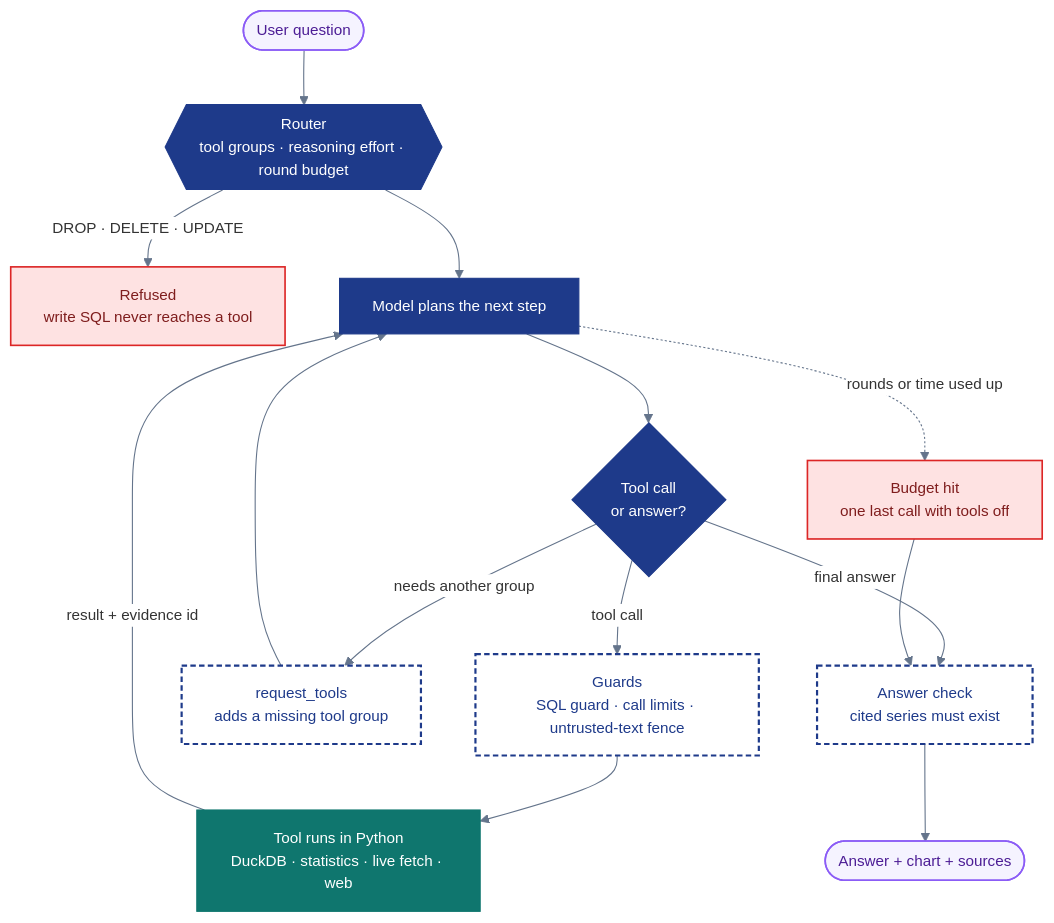
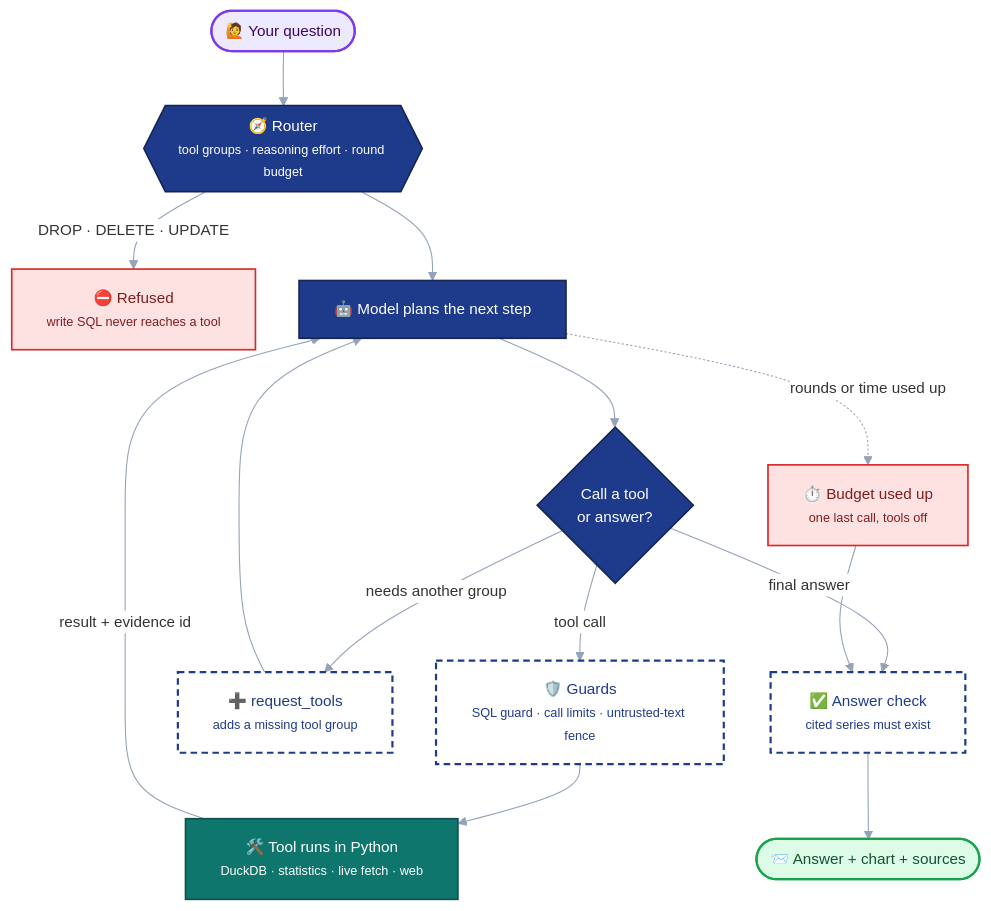
Before and after one commit to berataydemirr/albert-long-nodes-kkb-hackathon: the third of 4 diagrams in README.md, drawn with Mermaid. The commit also changed other lines of this file, not shown here.

Commit message:
update readme with diagrams

````diff
--- a/README.md
+++ b/README.md
@@ -291,30 +163,31 @@
 ```mermaid
-%%{init: {"theme": "base", "themeVariables": {"fontFamily": "Segoe UI, Helvetica, Arial, sans-serif", "fontSize": "14px", "lineColor": "#64748b", "edgeLabelBackground": "#ffffff"}}}%%
+%%{init: {"theme": "base", "themeVariables": {"fontFamily": "Inter, Segoe UI, Helvetica, Arial, sans-serif", "fontSize": "14px", "lineColor": "#94a3b8", "edgeLabelBackground": "#ffffff"}, "flowchart": {"curve": "basis", "nodeSpacing": 40, "rankSpacing": 50, "padding": 16}}}%%
 flowchart TB
-  classDef io     fill:#f5f3ff,stroke:#8b5cf6,stroke-width:1.5px,color:#4c1d95
-  classDef brain  fill:#1e3a8a,stroke:#1e3a8a,color:#ffffff
-  classDef tool   fill:#0f766e,stroke:#0f766e,color:#ffffff
-  classDef guard  fill:#ffffff,stroke:#1e3a8a,stroke-width:2px,stroke-dasharray:5 3,color:#1e3a8a
-  classDef stop   fill:#fee2e2,stroke:#dc2626,stroke-width:1.5px,color:#7f1d1d
+  classDef io    fill:#ede9fe,stroke:#7c3aed,stroke-width:2px,color:#3b0764
+  classDef brain fill:#1e3a8a,stroke:#172554,stroke-width:1.5px,color:#ffffff
+  classDef tool  fill:#0f766e,stroke:#134e4a,stroke-width:1.5px,color:#ffffff
+  classDef guard fill:#ffffff,stroke:#1e3a8a,stroke-width:2px,stroke-dasharray:6 4,color:#1e3a8a
+  classDef stop  fill:#fee2e2,stroke:#dc2626,stroke-width:1.5px,color:#7f1d1d
+  classDef ok    fill:#dcfce7,stroke:#16a34a,stroke-width:2px,color:#14532d
 
-  q(["User question"]):::io
-  r{{"Router<br/>tool groups · reasoning effort · round budget"}}:::brain
-  x["Refused<br/>write SQL never reaches a tool"]:::stop
-  m["Model plans the next step"]:::brain
-  d{"Tool call<br/>or answer?"}:::brain
-  g["Guards<br/>SQL guard · call limits · untrusted-text fence"]:::guard
-  t["Tool runs in Python<br/>DuckDB · statistics · live fetch · web"]:::tool
-  e["request_tools<br/>adds a missing tool group"]:::guard
-  f["Budget hit<br/>one last call with tools off"]:::stop
-  c["Answer check<br/>cited series must exist"]:::guard
-  a(["Answer + chart + sources"]):::io
+  q(["🙋 Your question"]):::io
+  r{{"🧭 Router<br/><small>tool groups · reasoning effort · round budget</small>"}}:::brain
+  x["⛔ Refused<br/><small>write SQL never reaches a tool</small>"]:::stop
+  m["🤖 Model plans the next step"]:::brain
+  d{"Call a tool<br/>or answer?"}:::brain
+  g["🛡️ Guards<br/><small>SQL guard · call limits · untrusted-text fence</small>"]:::guard
+  t["🛠️ Tool runs in Python<br/><small>DuckDB · statistics · live fetch · web</small>"]:::tool
+  e["➕ request_tools<br/><small>adds a missing tool group</small>"]:::guard
+  f["⏱️ Budget used up<br/><small>one last call, tools off</small>"]:::stop
+  c["✅ Answer check<br/><small>cited series must exist</small>"]:::guard
+  a(["📨 Answer + chart + sources"]):::ok
 
   q --> r
   r -- "DROP · DELETE · UPDATE" --> x
   r --> m --> d
   d -- "tool call" --> g --> t
   t -- "result + evidence id" --> m
   d -- "needs another group" --> e --> m
   d -- "final answer" --> c --> a
   m -. "rounds or time used up" .-> f --> c
 ```
````
